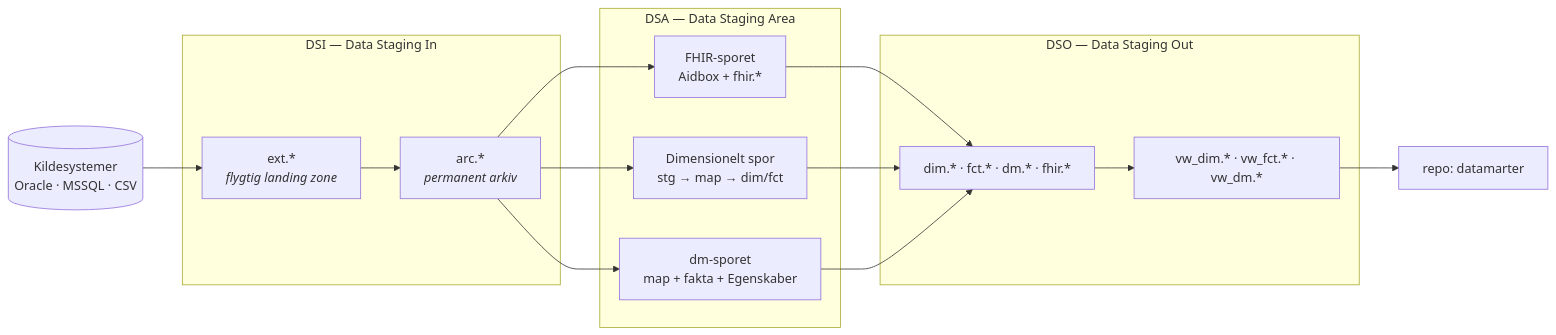
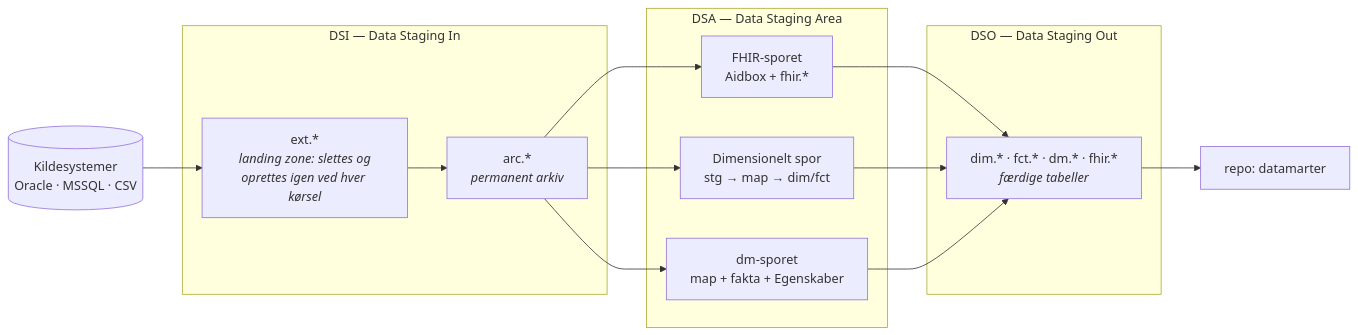
The diagram in etl/docs/basismodel/00_overblik.md (enversion-journl/healthpipe), drawn with Mermaid before and after one commit. The commit also changed other lines of this file and 623 other files, not shown here.

````diff
--- a/etl/docs/basismodel/00_overblik.md
+++ b/etl/docs/basismodel/00_overblik.md
@@ -47,33 +48,31 @@
 ```mermaid
 flowchart LR
     K[("Kildesystemer<br/>Oracle · MSSQL · CSV")]
 
     subgraph DSI["DSI — Data Staging In"]
-        EXT["ext.*<br/><i>flygtig landing zone</i>"]
+        EXT["ext.*<br/><i>landing zone: slettes og<br/>oprettes igen ved hver kørsel</i>"]
         ARC["arc.*<br/><i>permanent arkiv</i>"]
         EXT --> ARC
     end
 
     subgraph DSA["DSA — Data Staging Area"]
         F["FHIR-sporet<br/>Aidbox + fhir.*"]
         D["Dimensionelt spor<br/>stg → map → dim/fct"]
         M["dm-sporet<br/>map + fakta + Egenskaber"]
     end
 
     subgraph DSO["DSO — Data Staging Out"]
-        T["dim.* · fct.* · dm.* · fhir.*"]
-        V["vw_dim.* · vw_fct.* · vw_dm.*"]
-        T --> V
+        T["dim.* · fct.* · dm.* · fhir.*<br/><i>færdige tabeller</i>"]
     end
 
     DMR["repo: datamarter"]
 
     K --> EXT
     ARC --> F
     ARC --> D
     ARC --> M
     F --> T
     D --> T
     M --> T
-    V --> DMR
+    T --> DMR
 ```
````
